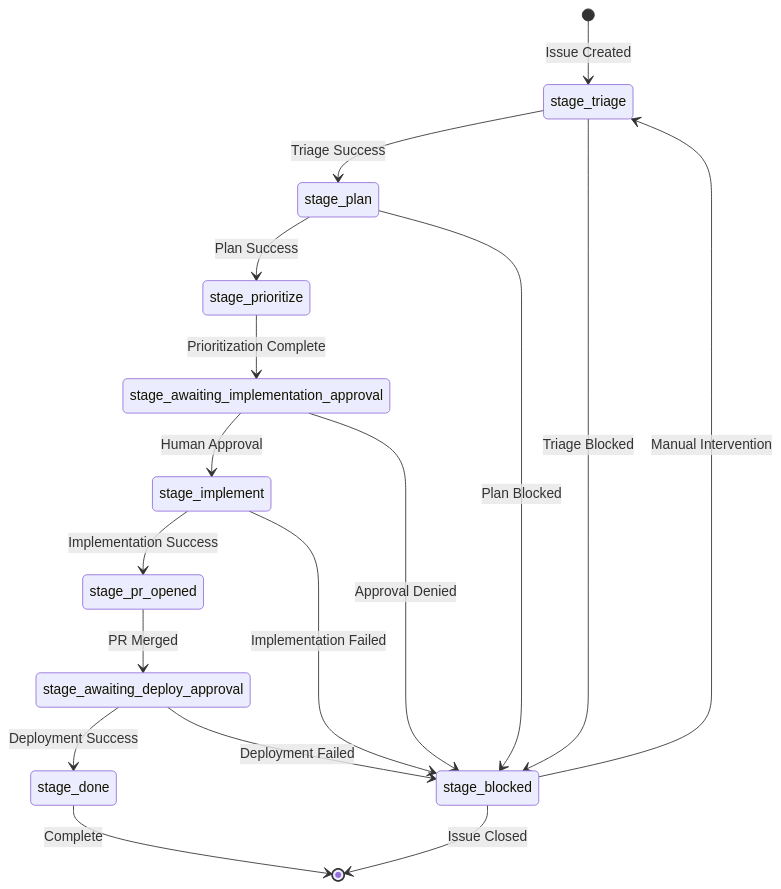
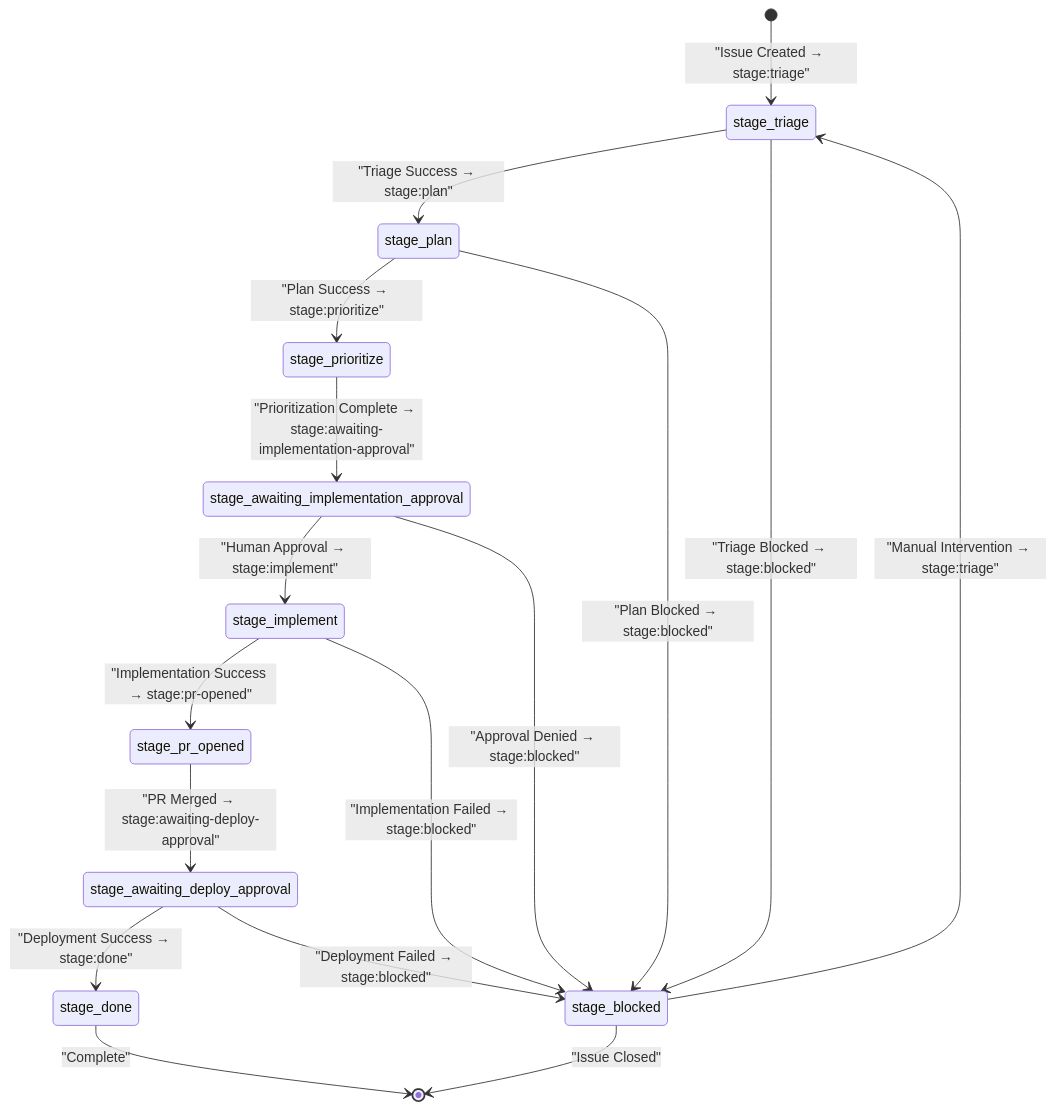
The fourth of 4 diagrams in .kiro/specs/self-evolving-app/design.md (jungmats/self-evolving-app), drawn with Mermaid before and after one commit. The commit also changed other lines of this file and 17 other files, not shown here.

````diff
--- a/.kiro/specs/self-evolving-app/design.md
+++ b/.kiro/specs/self-evolving-app/design.md
@@ -369,28 +516,28 @@
 ```mermaid
 stateDiagram-v2
-    [*] --> stage_triage : Issue Created
+    [*] --> stage_triage : "Issue Created → stage:triage"
     
-    stage_triage --> stage_plan : Triage Success
-    stage_triage --> stage_blocked : Triage Blocked
+    stage_triage --> stage_plan : "Triage Success → stage:plan"
+    stage_triage --> stage_blocked : "Triage Blocked → stage:blocked"
     
-    stage_plan --> stage_prioritize : Plan Success
-    stage_plan --> stage_blocked : Plan Blocked
+    stage_plan --> stage_prioritize : "Plan Success → stage:prioritize"
+    stage_plan --> stage_blocked : "Plan Blocked → stage:blocked"
     
-    stage_prioritize --> stage_awaiting_implementation_approval : Prioritization Complete
+    stage_prioritize --> stage_awaiting_implementation_approval : "Prioritization Complete → stage:awaiting-implementation-approval"
     
-    stage_awaiting_implementation_approval --> stage_implement : Human Approval
-    stage_awaiting_implementation_approval --> stage_blocked : Approval Denied
+    stage_awaiting_implementation_approval --> stage_implement : "Human Approval → stage:implement"
+    stage_awaiting_implementation_approval --> stage_blocked : "Approval Denied → stage:blocked"
     
-    stage_implement --> stage_pr_opened : Implementation Success
-    stage_implement --> stage_blocked : Implementation Failed
+    stage_implement --> stage_pr_opened : "Implementation Success → stage:pr-opened"
+    stage_implement --> stage_blocked : "Implementation Failed → stage:blocked"
     
-    stage_pr_opened --> stage_awaiting_deploy_approval : PR Merged
+    stage_pr_opened --> stage_awaiting_deploy_approval : "PR Merged → stage:awaiting-deploy-approval"
     
-    stage_awaiting_deploy_approval --> stage_done : Deployment Success
-    stage_awaiting_deploy_approval --> stage_blocked : Deployment Failed
+    stage_awaiting_deploy_approval --> stage_done : "Deployment Success → stage:done"
+    stage_awaiting_deploy_approval --> stage_blocked : "Deployment Failed → stage:blocked"
     
-    stage_blocked --> stage_triage : Manual Intervention
-    stage_blocked --> [*] : Issue Closed
+    stage_blocked --> stage_triage : "Manual Intervention → stage:triage"
+    stage_blocked --> [*] : "Issue Closed"
     
-    stage_done --> [*] : Complete
+    stage_done --> [*] : "Complete"
 ```
````
